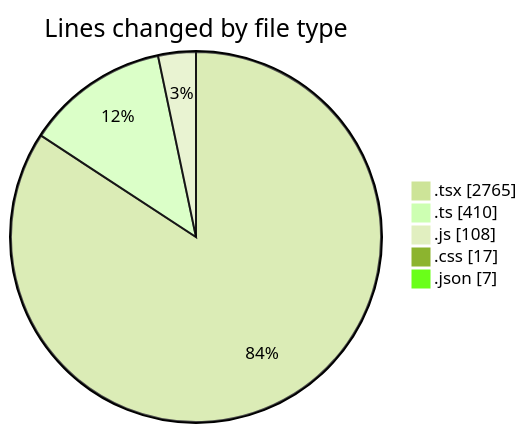
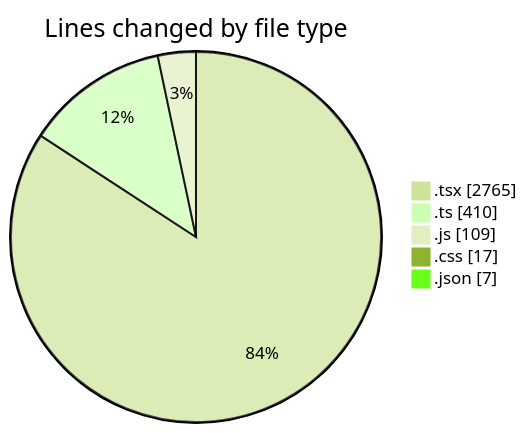
Before and after one commit to robertbonfada/code-tracking: the first of 2 diagrams in 2025-01-17/mbc-web/README.md, drawn with Mermaid (forest theme). The commit also changed other lines of this file and 1 other file, not shown here.

````diff
--- a/2025-01-17/mbc-web/README.md
+++ b/2025-01-17/mbc-web/README.md
@@ -37,9 +37,9 @@
 ```mermaid
 pie showData
 title Lines changed by file type
 ".tsx" : 2765
 ".ts" : 410
-".js" : 108
+".js" : 109
 ".css" : 17
 ".json" : 7
 ```
````
